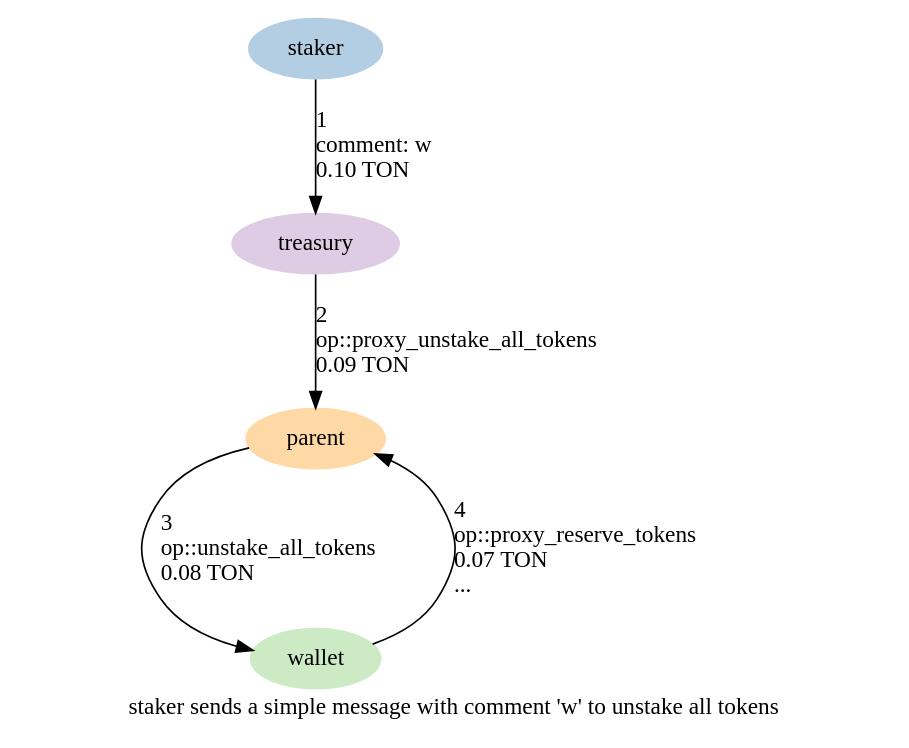
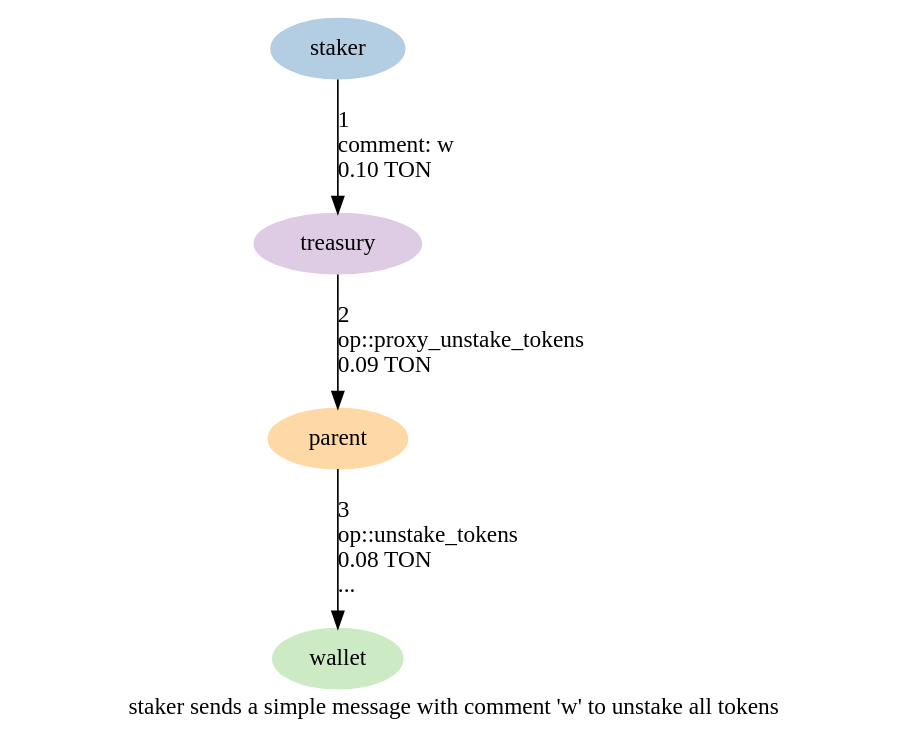
The diagram in graphs/09-unstake-all-tokens.dot (HipoFinance/contract), drawn with Graphviz before and after one commit. The commit also changed 10 other files, not shown here.

```diff
--- a/graphs/09-unstake-all-tokens.dot
+++ b/graphs/09-unstake-all-tokens.dot
@@ -1,19 +1,18 @@
 digraph {
     label="staker sends a simple message with comment 'w' to unstake all tokens"
     node [ colorscheme=pastel19 style=filled ]
 
     /* Entities */
     staker [ color=2 ]
     wallet [ color=3 ]
     treasury [ color=4 ]
     parent [ color=5 ]
 
     /* Relationships */
     staker -> treasury [ label="1\l comment: w\l 0.10 TON\l" ]
-    treasury -> parent [ label="2\l op::proxy_unstake_all_tokens\l 0.09 TON\l" ]
-    parent -> wallet [ label="3\l op::unstake_all_tokens\l 0.08 TON\l" ]
-    wallet -> parent [ label="4\l op::proxy_reserve_tokens\l 0.07 TON\l ...\l" ]
+    treasury -> parent [ label="2\l op::proxy_unstake_tokens\l 0.09 TON\l" ]
+    parent -> wallet [ label="3\l op::unstake_tokens\l 0.08 TON\l ...\l" ]
 
     /* Ranks */
     { rank=min staker }
 }
```
